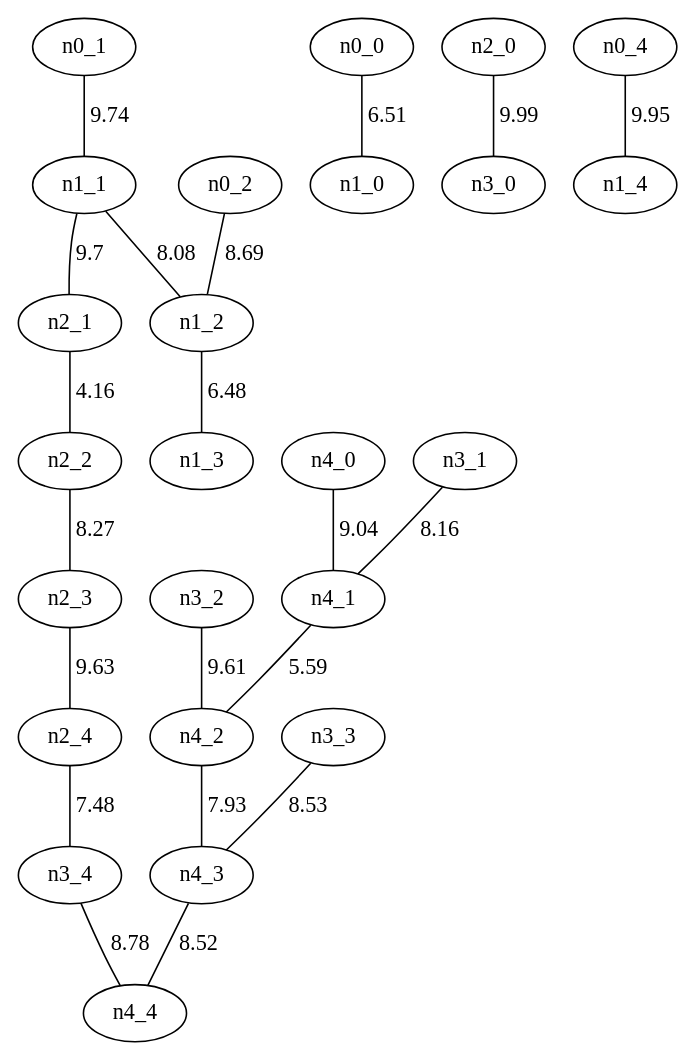
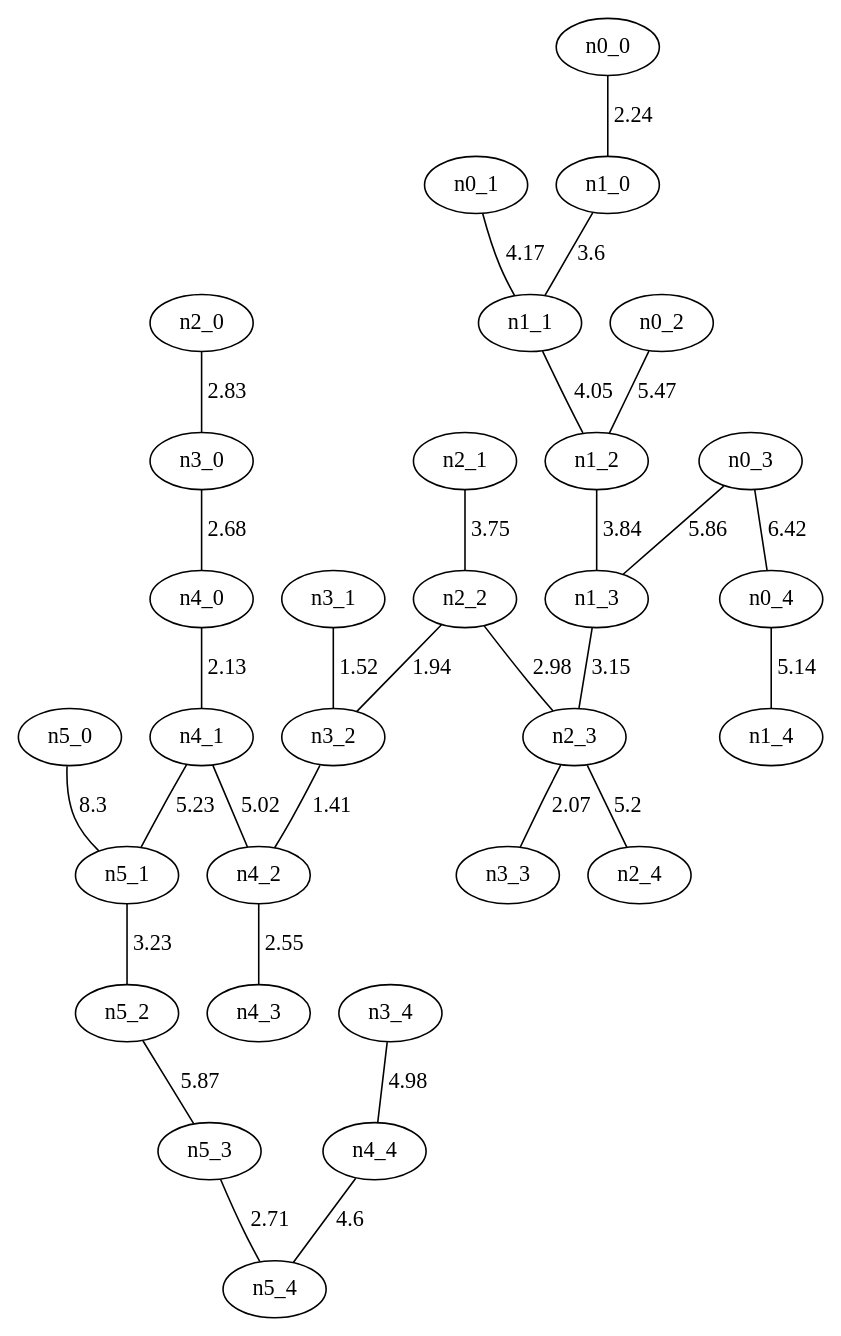
One commit to FranciscoMGL/Proyecto-Algoritmos changed the diagram in KruskalI_malla_30.gv. Above: the diagram before and after it, drawn with Graphviz. The commit also changed 58 other files, not shown here.

```diff
--- a/KruskalI_malla_30.gv
+++ b/KruskalI_malla_30.gv
@@ -1,46 +1,61 @@
 graph G {
-  "n0_1";
-  "n1_0";
-  "n4_2";
+  "n2_0";
+  "n4_0";
+  "n5_4";
+  "n1_3";
+  "n5_2";
+  "n5_0";
+  "n4_3";
+  "n1_4";
+  "n5_3";
+  "n0_0";
+  "n0_2";
+  "n3_2";
+  "n0_3";
   "n3_0";
-  "n3_3";
-  "n4_4";
-  "n4_3";
-  "n2_3";
-  "n0_0";
+  "n3_4";
   "n2_2";
-  "n4_0";
+  "n5_1";
+  "n3_1";
   "n1_1";
   "n1_2";
-  "n2_0";
-  "n1_4";
+  "n0_1";
+  "n3_3";
+  "n4_1";
   "n2_4";
   "n0_4";
+  "n4_2";
   "n2_1";
-  "n3_4";
-  "n1_3";
-  "n3_2";
-  "n4_1";
-  "n0_2";
-  "n3_1";
-  "n0_1" -- "n1_1" [label="9.74"];
-  "n3_1" -- "n4_1" [label="8.16"];
-  "n2_0" -- "n3_0" [label="9.99"];
-  "n2_2" -- "n2_3" [label="8.27"];
-  "n2_1" -- "n2_2" [label="4.16"];
-  "n2_4" -- "n3_4" [label="7.48"];
-  "n4_0" -- "n4_1" [label="9.04"];
-  "n1_1" -- "n2_1" [label="9.7"];
-  "n0_2" -- "n1_2" [label="8.69"];
-  "n0_0" -- "n1_0" [label="6.51"];
-  "n0_4" -- "n1_4" [label="9.95"];
-  "n4_1" -- "n4_2" [label="5.59"];
-  "n2_3" -- "n2_4" [label="9.63"];
-  "n3_2" -- "n4_2" [label="9.61"];
-  "n3_4" -- "n4_4" [label="8.78"];
-  "n4_3" -- "n4_4" [label="8.52"];
-  "n1_2" -- "n1_3" [label="6.48"];
-  "n3_3" -- "n4_3" [label="8.53"];
-  "n1_1" -- "n1_2" [label="8.08"];
-  "n4_2" -- "n4_3" [label="7.93"];
+  "n1_0";
+  "n2_3";
+  "n4_4";
+  "n5_0" -- "n5_1" [label="8.3"];
+  "n0_3" -- "n0_4" [label="6.42"];
+  "n5_2" -- "n5_3" [label="5.87"];
+  "n0_3" -- "n1_3" [label="5.86"];
+  "n0_2" -- "n1_2" [label="5.47"];
+  "n4_1" -- "n5_1" [label="5.23"];
+  "n2_3" -- "n2_4" [label="5.2"];
+  "n0_4" -- "n1_4" [label="5.14"];
+  "n4_1" -- "n4_2" [label="5.02"];
+  "n3_4" -- "n4_4" [label="4.98"];
+  "n4_4" -- "n5_4" [label="4.6"];
+  "n0_1" -- "n1_1" [label="4.17"];
+  "n1_1" -- "n1_2" [label="4.05"];
+  "n1_2" -- "n1_3" [label="3.84"];
+  "n2_1" -- "n2_2" [label="3.75"];
+  "n1_0" -- "n1_1" [label="3.6"];
+  "n5_1" -- "n5_2" [label="3.23"];
+  "n1_3" -- "n2_3" [label="3.15"];
+  "n2_2" -- "n2_3" [label="2.98"];
+  "n2_0" -- "n3_0" [label="2.83"];
+  "n5_3" -- "n5_4" [label="2.71"];
+  "n3_0" -- "n4_0" [label="2.68"];
+  "n4_2" -- "n4_3" [label="2.55"];
+  "n0_0" -- "n1_0" [label="2.24"];
+  "n4_0" -- "n4_1" [label="2.13"];
+  "n2_3" -- "n3_3" [label="2.07"];
+  "n2_2" -- "n3_2" [label="1.94"];
+  "n3_1" -- "n3_2" [label="1.52"];
+  "n3_2" -- "n4_2" [label="1.41"];
 }
```
